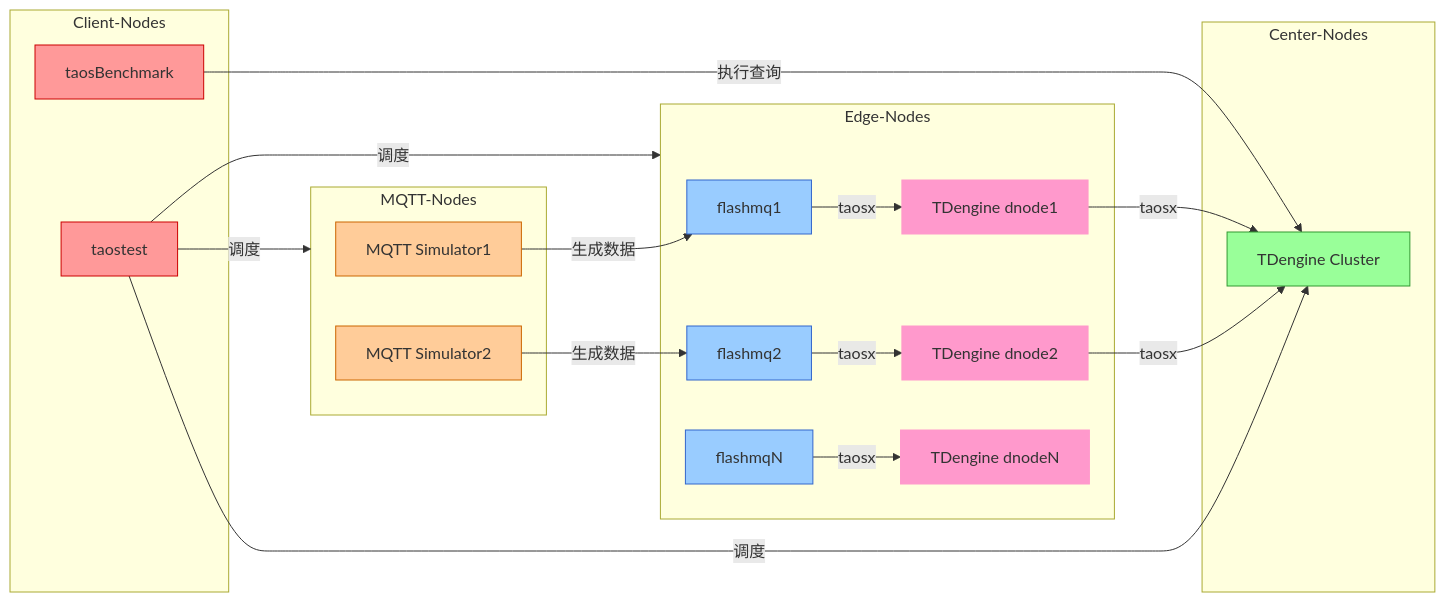
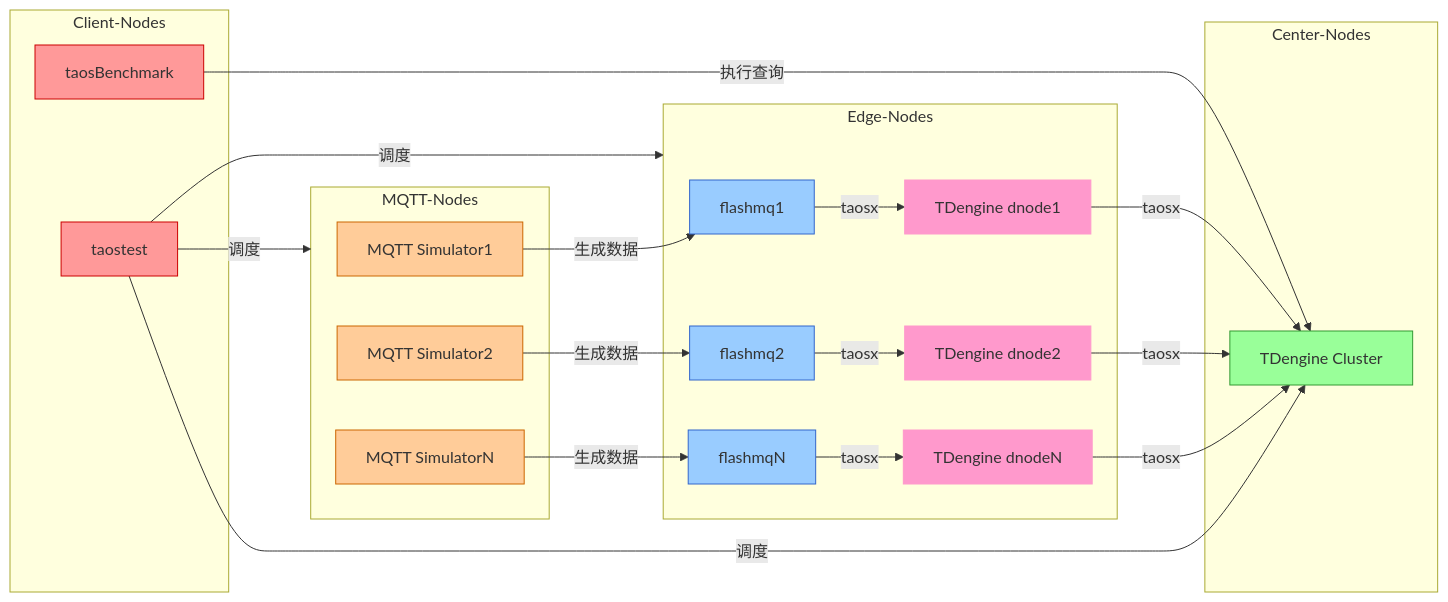
Before and after one commit to taosdata/ems: the second of 2 diagrams in README.md, drawn with Mermaid.

````diff
--- a/README.md
+++ b/README.md
@@ -67,53 +67,57 @@
 ```mermaid
 graph LR
   subgraph MQTT-Nodes
     A1[MQTT Simulator1]
     A2[MQTT Simulator2]
+    AN[MQTT SimulatorN]
   end
 
   subgraph Edge-Nodes
     B1[flashmq1]
     C1[TDengine dnode1]
     B2[flashmq2]
     C2[TDengine dnode2]
     BN[flashmqN]
     CN[TDengine dnodeN]
   end
 
   subgraph Center-Nodes
     E[TDengine Cluster]
   end
 
   subgraph Client-Nodes
     J[taosBenchmark]
     H[taostest]
   end
 
   A1 -->|生成数据| B1
   A2 -->|生成数据| B2
+  AN -->|生成数据| BN
 
   B1 -->|taosx| C1
   B2 -->|taosx| C2
   BN -->|taosx| CN
 
   C1 -->|taosx| E
   C2 -->|taosx| E
+  CN -->|taosx| E
 
   J -->|执行查询| E
 
   H -->|调度| MQTT-Nodes
   H -->|调度| Edge-Nodes
   H -->|调度| E
 
   style A1 fill:#ffcc99,stroke:#cc6600
   style A2 fill:#ffcc99,stroke:#cc6600
+  style AN fill:#ffcc99,stroke:#cc6600
   style B1 fill:#99ccff,stroke:#3366cc
   style B2 fill:#99ccff,stroke:#3366cc
   style BN fill:#99ccff,stroke:#3366cc
   style C1 fill:#ff99cc,stroke:#ff99cc
   style C2 fill:#ff99cc,stroke:#ff99cc
   style CN fill:#ff99cc,stroke:#ff99cc
   style E fill:#99ff99,stroke:#339933
   style J fill:#ff9999,stroke:#cc0000
   style H fill:#ff9999,stroke:#cc0000
 ```
````
